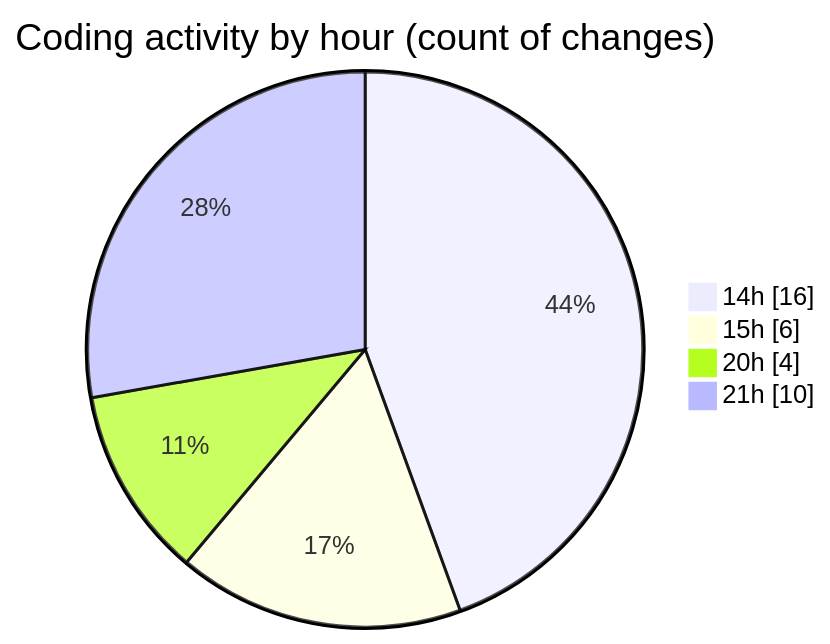
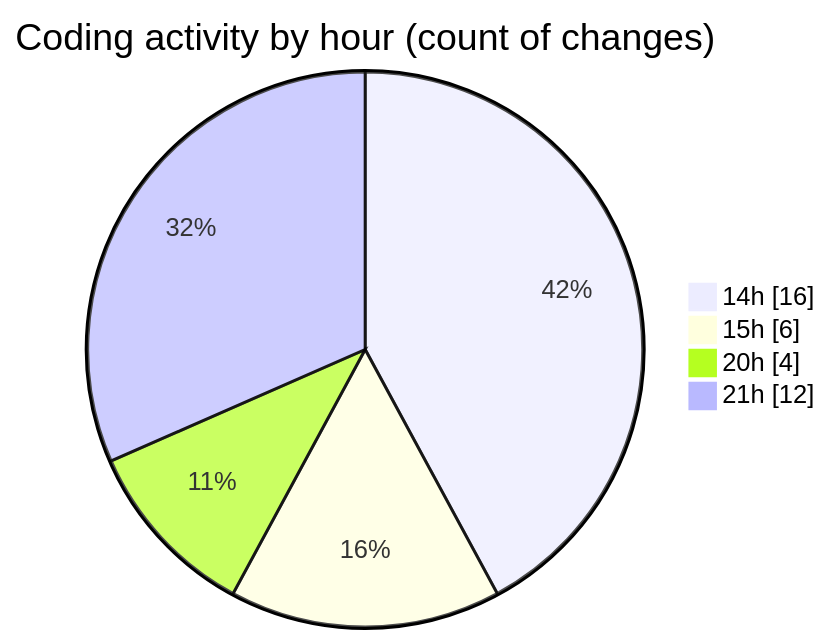
Before and after one commit to momahboobian/code-tracking: the second of 2 diagrams in 2026-09-18/video-downloader/README.md, drawn with Mermaid. The commit also changed other lines of this file and 1 other file, not shown here.

````diff
--- a/2026-09-18/video-downloader/README.md
+++ b/2026-09-18/video-downloader/README.md
@@ -36,8 +36,8 @@
 ```mermaid
 pie showData
 title Coding activity by hour (count of changes)
 "14h" : 16
 "15h" : 6
 "20h" : 4
-"21h" : 10
+"21h" : 12
 ```
````
